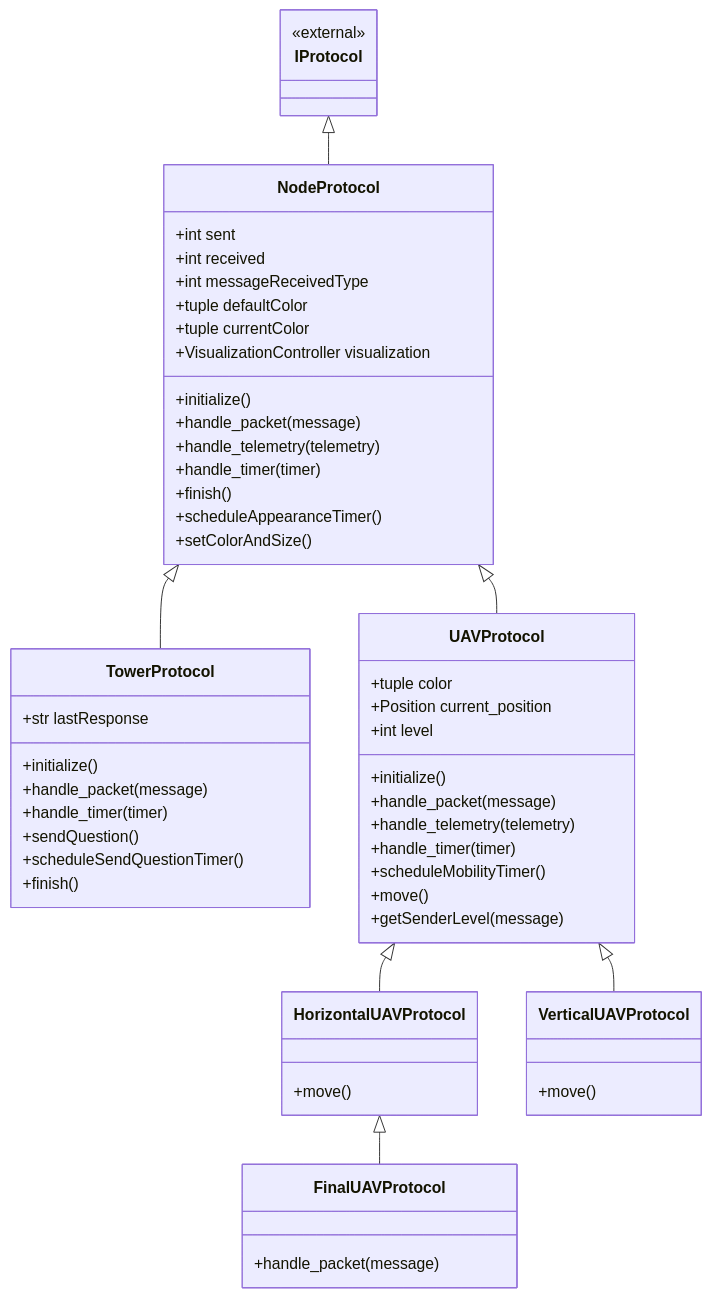
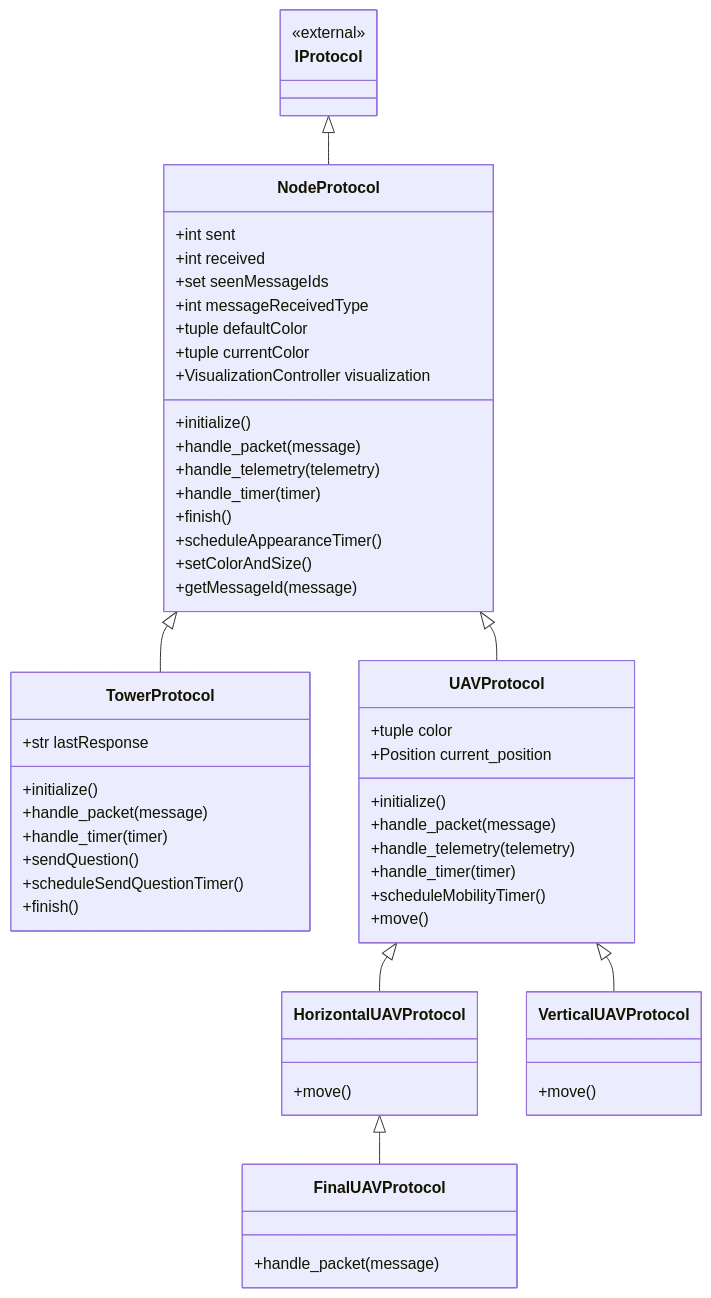
One commit to INF2541-Intro-Mobile-Ubiquous-Computing/leobarros changed the diagram in broadcast/diagrama_classes.md. Above: the diagram before and after it, drawn with Mermaid. The commit also changed other lines of this file and 5 other files, not shown here.

````diff
--- a/broadcast/diagrama_classes.md
+++ b/broadcast/diagrama_classes.md
@@ -5,66 +5,66 @@
 ```mermaid
 classDiagram
     direction TB
 
     class IProtocol {
         <<external>>
     }
 
     class NodeProtocol {
         +int sent
         +int received
+        +set seenMessageIds
         +int messageReceivedType
         +tuple defaultColor
         +tuple currentColor
         +VisualizationController visualization
         +initialize()
         +handle_packet(message)
         +handle_telemetry(telemetry)
         +handle_timer(timer)
         +finish()
         +scheduleAppearanceTimer()
         +setColorAndSize()
+        +getMessageId(message)
     }
 
     class TowerProtocol {
         +str lastResponse
         +initialize()
         +handle_packet(message)
         +handle_timer(timer)
         +sendQuestion()
         +scheduleSendQuestionTimer()
         +finish()
     }
 
     class UAVProtocol {
         +tuple color
         +Position current_position
-        +int level
         +initialize()
         +handle_packet(message)
         +handle_telemetry(telemetry)
         +handle_timer(timer)
         +scheduleMobilityTimer()
         +move()
-        +getSenderLevel(message)
     }
 
     class HorizontalUAVProtocol {
         +move()
     }
 
     class VerticalUAVProtocol {
         +move()
     }
 
     class FinalUAVProtocol {
         +handle_packet(message)
     }
 
     IProtocol <|-- NodeProtocol
     NodeProtocol <|-- TowerProtocol
     NodeProtocol <|-- UAVProtocol
     UAVProtocol <|-- HorizontalUAVProtocol
     UAVProtocol <|-- VerticalUAVProtocol
     HorizontalUAVProtocol <|-- FinalUAVProtocol
 ```
````
